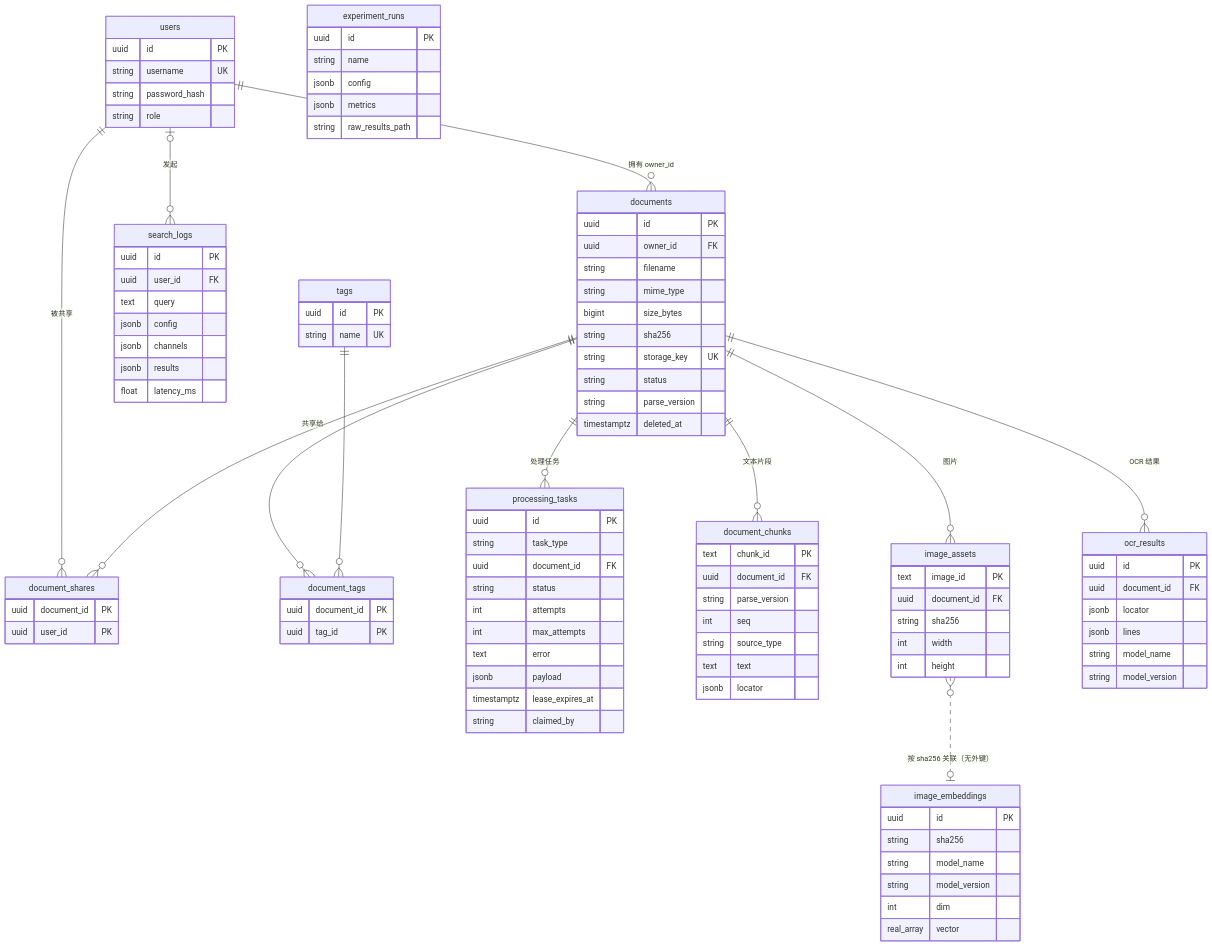
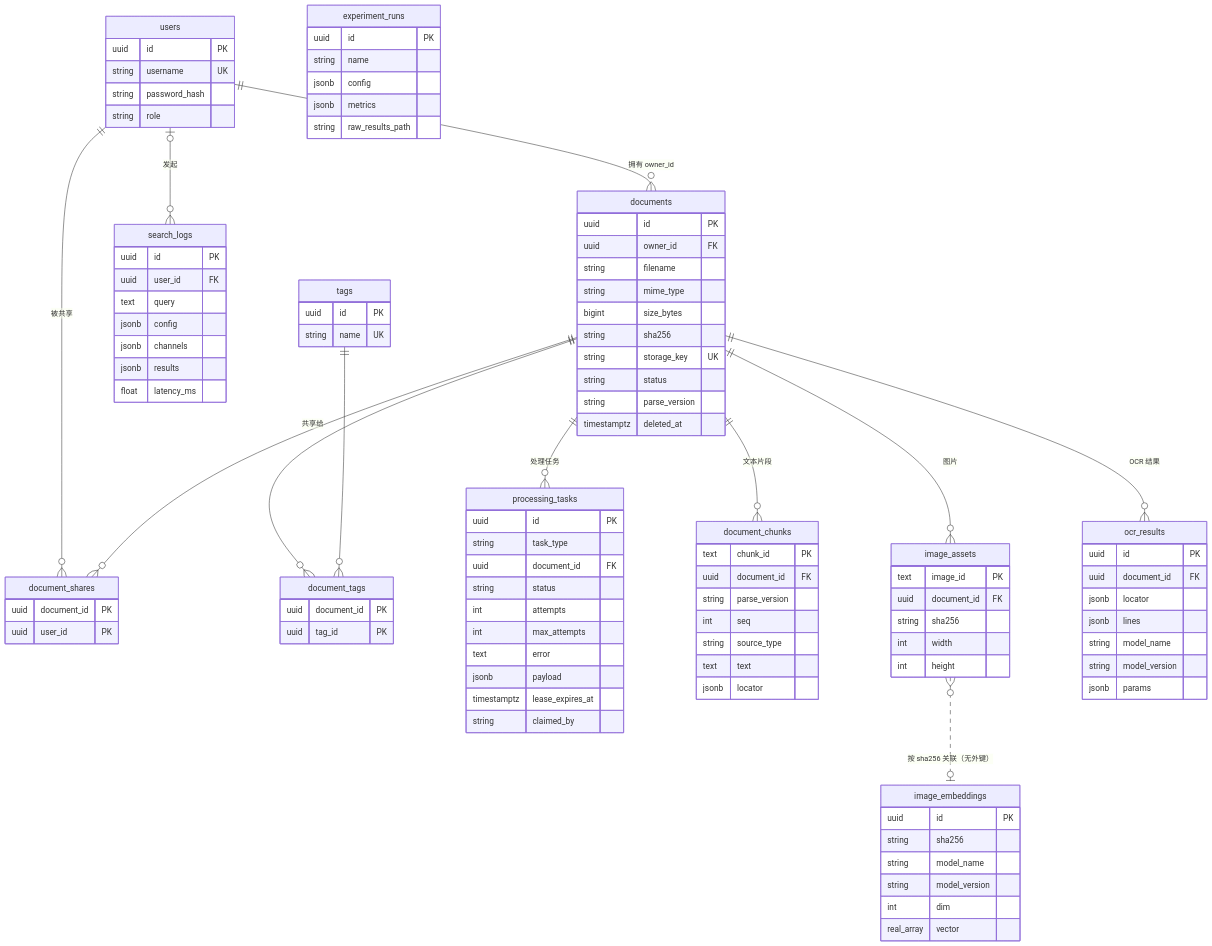
The diagram in docs/data-model.md (Jay-kskbl/clone-for-my-software), drawn with Mermaid before and after one commit. The commit also changed other lines of this file and 14 other files, not shown here.

````diff
--- a/docs/data-model.md
+++ b/docs/data-model.md
@@ -8,81 +8,82 @@
 ```mermaid
 erDiagram
     users ||--o{ documents : "拥有 owner_id"
     users ||--o{ document_shares : "被共享"
     users |o--o{ search_logs : "发起"
     documents ||--o{ document_shares : "共享给"
     documents ||--o{ document_tags : ""
     tags ||--o{ document_tags : ""
     documents ||--o{ processing_tasks : "处理任务"
     documents ||--o{ document_chunks : "文本片段"
     documents ||--o{ image_assets : "图片"
     documents ||--o{ ocr_results : "OCR 结果"
     image_assets }o..o| image_embeddings : "按 sha256 关联（无外键）"
 
     users { uuid id PK
             string username UK
             string password_hash
             string role }
     documents { uuid id PK
                 uuid owner_id FK
                 string filename
                 string mime_type
                 bigint size_bytes
                 string sha256
                 string storage_key UK
                 string status
                 string parse_version
                 timestamptz deleted_at }
     document_shares { uuid document_id PK
                       uuid user_id PK }
     tags { uuid id PK
            string name UK }
     document_tags { uuid document_id PK
                     uuid tag_id PK }
     processing_tasks { uuid id PK
                        string task_type
                        uuid document_id FK
                        string status
                        int attempts
                        int max_attempts
                        text error
                        jsonb payload
                        timestamptz lease_expires_at
                        string claimed_by }
     document_chunks { text chunk_id PK
                       uuid document_id FK
                       string parse_version
                       int seq
                       string source_type
                       text text
                       jsonb locator }
     image_assets { text image_id PK
                    uuid document_id FK
                    string sha256
                    int width
                    int height }
     ocr_results { uuid id PK
                   uuid document_id FK
                   jsonb locator
                   jsonb lines
                   string model_name
-                  string model_version }
+                  string model_version
+                  jsonb params }
     image_embeddings { uuid id PK
                        string sha256
                        string model_name
                        string model_version
                        int dim
                        real_array vector }
     search_logs { uuid id PK
                   uuid user_id FK
                   text query
                   jsonb config
                   jsonb channels
                   jsonb results
                   float latency_ms }
     experiment_runs { uuid id PK
                       string name
                       jsonb config
                       jsonb metrics
                       string raw_results_path }
 ```
````
